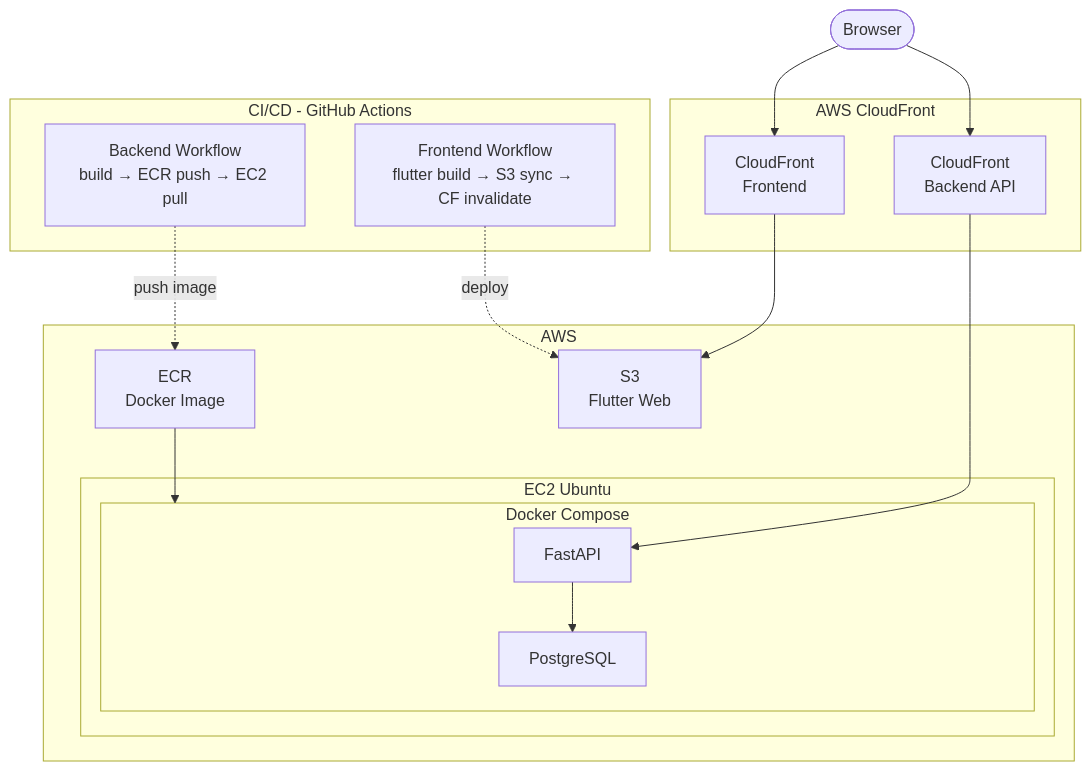
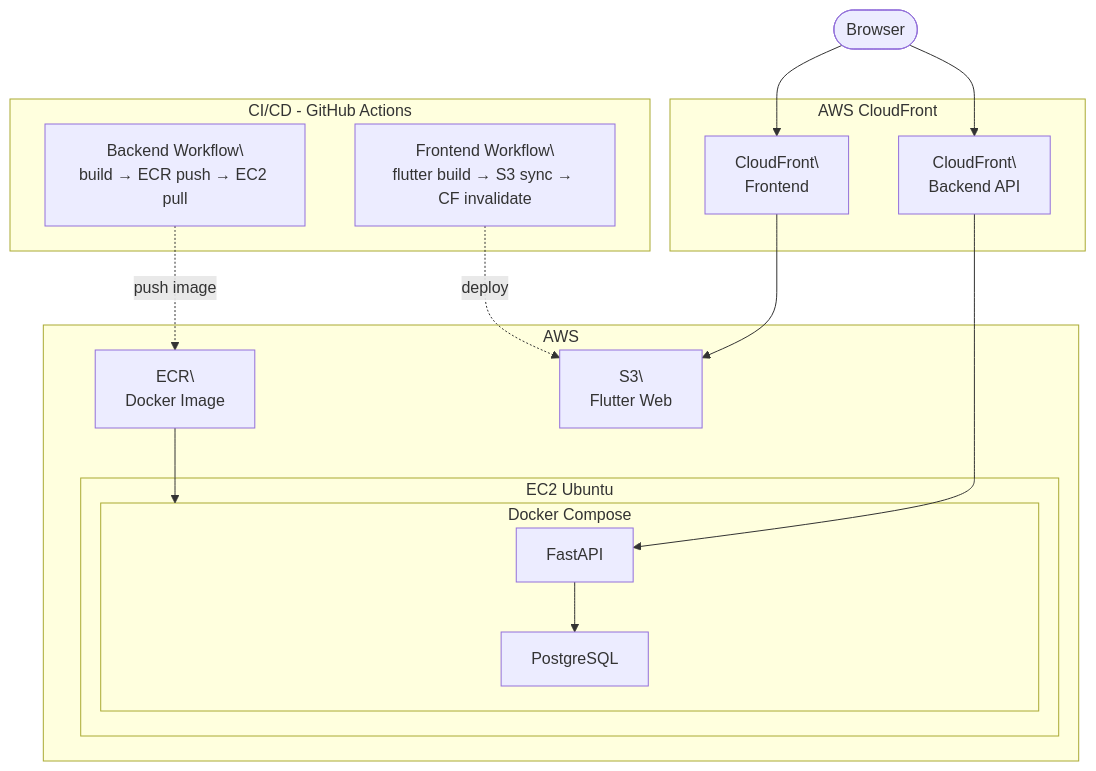
The diagram in README.md (kkimhaji/paperef_back), drawn with Mermaid before and after one commit. The commit also changed other lines of this file, not shown here.

````diff
--- a/README.md
+++ b/README.md
@@ -96,37 +133,36 @@
 ```mermaid
 flowchart TD
     User([Browser])
 
     subgraph CF["AWS CloudFront"]
-        CF_F["CloudFront\nFrontend"]
-        CF_B["CloudFront\nBackend API"]
+        CF_F["CloudFront\\nFrontend"]
+        CF_B["CloudFront\\nBackend API"]
     end
 
     subgraph AWS["AWS"]
-        S3["S3\nFlutter Web"]
-        ECR["ECR\nDocker Image"]
+        S3["S3\\nFlutter Web"]
+        ECR["ECR\\nDocker Image"]
 
         subgraph EC2["EC2 Ubuntu"]
             subgraph Docker["Docker Compose"]
                 API["FastAPI"]
                 DB["PostgreSQL"]
             end
         end
     end
 
     subgraph CICD["CI/CD - GitHub Actions"]
-        GH_B["Backend Workflow\nbuild → ECR push → EC2 pull"]
-        GH_F["Frontend Workflow\nflutter build → S3 sync → CF invalidate"]
+        GH_B["Backend Workflow\\nbuild → ECR push → EC2 pull"]
+        GH_F["Frontend Workflow\\nflutter build → S3 sync → CF invalidate"]
     end
 
     User --> CF_F
     User --> CF_B
     CF_F --> S3
     CF_B --> API
     ECR --> Docker
     API --> DB
 
     GH_B -.->|push image| ECR
     GH_F -.->|deploy| S3
-
 ```
````
